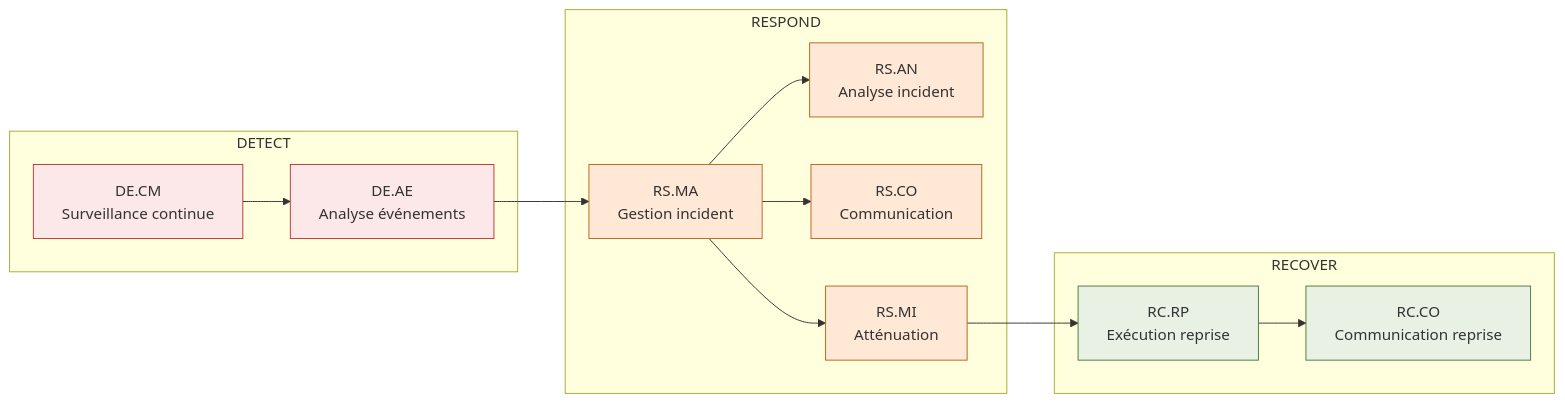
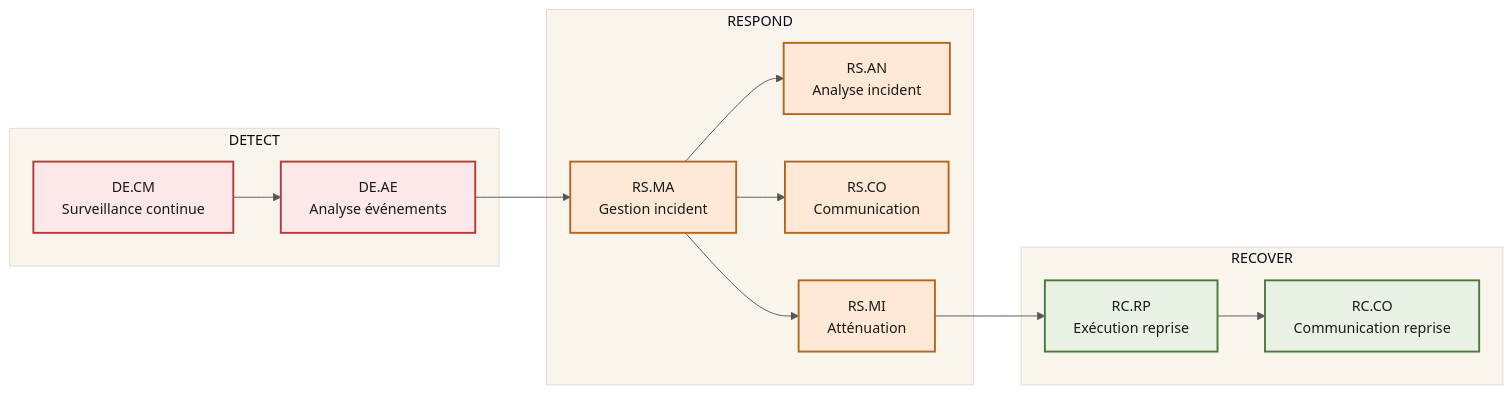
The sixth of 10 diagrams in 12_governance_risk_compliance/grc.md (cchopin/Jedha-cybersec-fullstack), drawn with Mermaid before and after one commit. The commit also changed other lines of this file, not shown here.

````diff
--- a/12_governance_risk_compliance/grc.md
+++ b/12_governance_risk_compliance/grc.md
@@ -274,30 +279,31 @@
 ```mermaid
+%%{init: {'theme':'base', 'themeVariables': {'primaryColor':'#D9E2F3','primaryTextColor':'#1A1A1A','primaryBorderColor':'#2E5AAC','lineColor':'#555555','fontSize':'15px','textColor':'#1A1A1A','mainBkg':'#D9E2F3'}}}%%
 flowchart LR
     subgraph DETECT
     CM[DE.CM<br/>Surveillance continue] --> AE[DE.AE<br/>Analyse événements]
     end
     subgraph RESPOND
     MA[RS.MA<br/>Gestion incident]
     AN[RS.AN<br/>Analyse incident]
     CO[RS.CO<br/>Communication]
     MI[RS.MI<br/>Atténuation]
     end
     subgraph RECOVER
     RP[RC.RP<br/>Exécution reprise]
     RCO[RC.CO<br/>Communication reprise]
     end
     AE --> MA
     MA --> AN
     MA --> CO
     MA --> MI
     MI --> RP
     RP --> RCO
-    style CM fill:#FCE8E8,stroke:#B33A3A
-    style AE fill:#FCE8E8,stroke:#B33A3A
-    style MA fill:#FFE9D6,stroke:#B5651D
-    style AN fill:#FFE9D6,stroke:#B5651D
-    style CO fill:#FFE9D6,stroke:#B5651D
-    style MI fill:#FFE9D6,stroke:#B5651D
-    style RP fill:#E8F1E4,stroke:#4A7A3A
-    style RCO fill:#E8F1E4,stroke:#4A7A3A
+    style CM fill:#FCE8E8,stroke:#B33A3A,color:#1A1A1A,stroke-width:2px
+    style AE fill:#FCE8E8,stroke:#B33A3A,color:#1A1A1A,stroke-width:2px
+    style MA fill:#FFE9D6,stroke:#B5651D,color:#1A1A1A,stroke-width:2px
+    style AN fill:#FFE9D6,stroke:#B5651D,color:#1A1A1A,stroke-width:2px
+    style CO fill:#FFE9D6,stroke:#B5651D,color:#1A1A1A,stroke-width:2px
+    style MI fill:#FFE9D6,stroke:#B5651D,color:#1A1A1A,stroke-width:2px
+    style RP fill:#E8F1E4,stroke:#4A7A3A,color:#1A1A1A,stroke-width:2px
+    style RCO fill:#E8F1E4,stroke:#4A7A3A,color:#1A1A1A,stroke-width:2px
 ```
````
